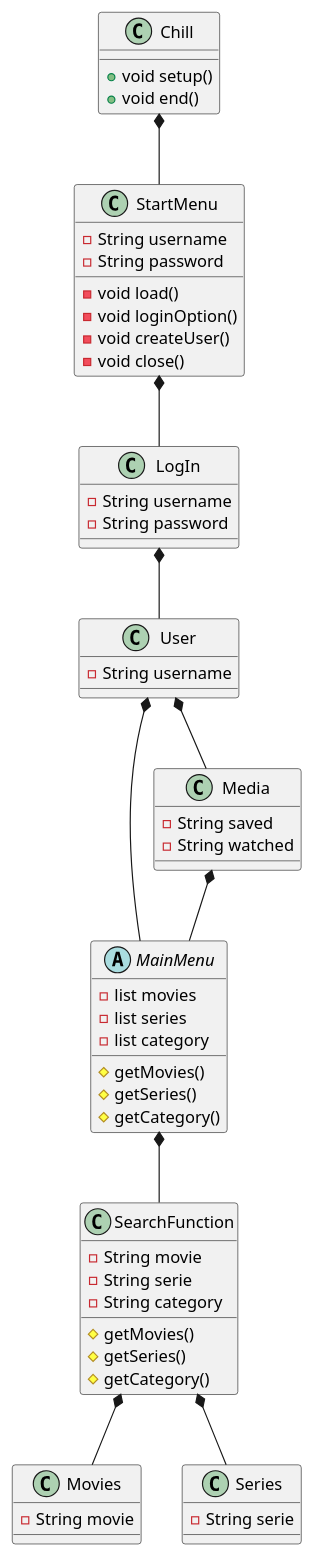
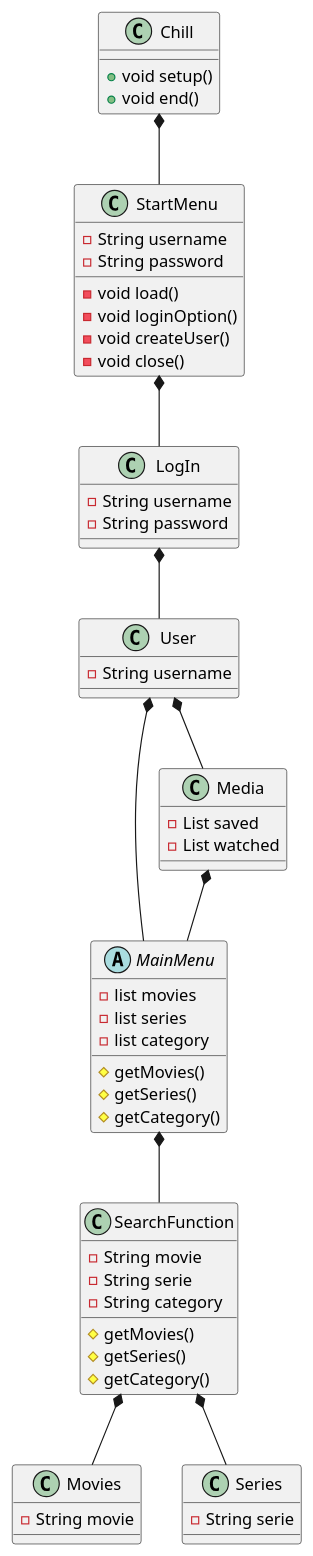
Before and after one commit to KnogleMau/SP3---Streamingtjeneste: the diagram in SP3/.idea/KlasseDiagram.puml, drawn with PlantUML. The commit also changed 4 other files, not shown here.

```diff
--- a/SP3/.idea/KlasseDiagram.puml
+++ b/SP3/.idea/KlasseDiagram.puml
@@ -1,76 +1,76 @@
 @startuml
 'https://plantuml.com/class-diagram
 
 Class Chill{
 
 +void setup()
 +void end()
 }
 
 Class StartMenu{
 -void load()
 -String username
 -String password
 -void loginOption()
 -void createUser()
 -void close()
 
 }
 
 Class LogIn{
 -String username
 -String password
 
 }
 
 Class User{
 -String username
 
 }
 
 Abstract MainMenu{
 -list movies
 -list series
 -list category
 #getMovies()
 #getSeries()
 #getCategory()
 
 
 }
 
 Class SearchFunction{
 -String movie
 -String serie
 -String category
 #getMovies()
 #getSeries()
 #getCategory()
 
 }
 
 Class Media{
--String saved
--String watched
+-List saved
+-List watched
 }
 
 Class Movies{
 -String movie
 }
 
 Class Series{
 -String serie
 }
 
 Chill *-- StartMenu
 StartMenu *-- LogIn
 LogIn *-- User
 User *-- MainMenu
 
 MainMenu *-- SearchFunction
 Media *-- MainMenu
 User *-- Media
 SearchFunction *-- Movies
 SearchFunction *-- Series
 
 @enduml
```
